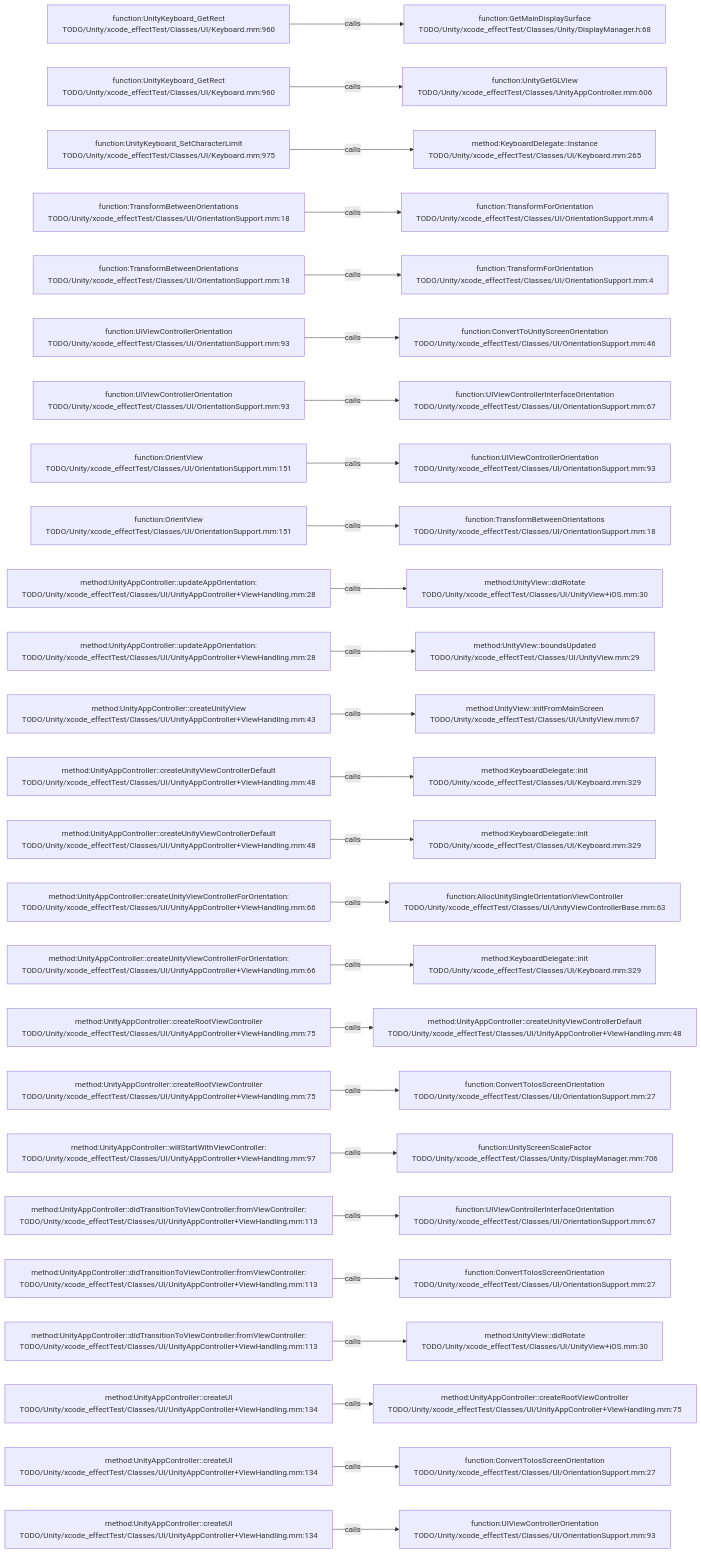
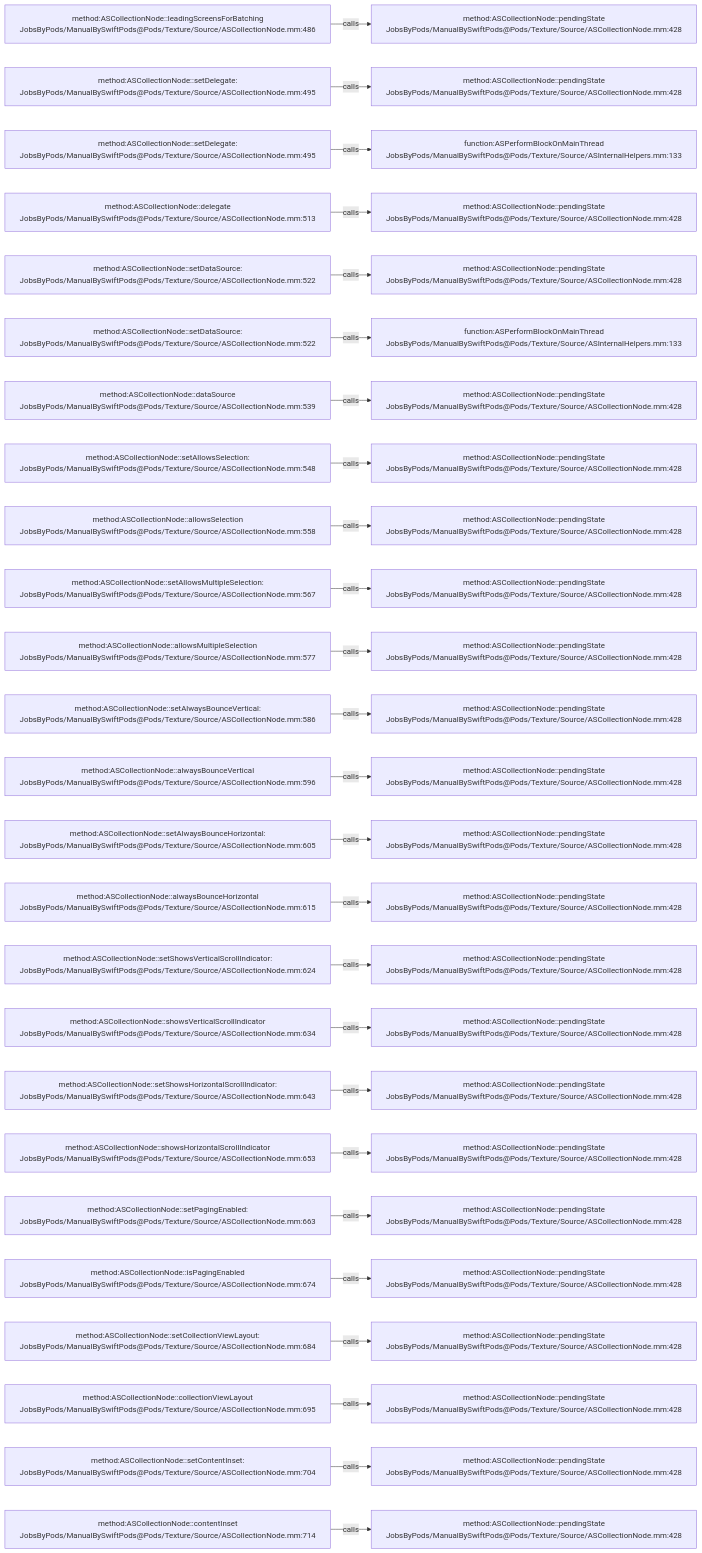
One commit to JobsKits/JobsSwiftBaseConfigDemo changed the diagram in .codegraph/codegraph.md/graphs/calls-027.md. Above: the diagram before and after it, drawn with Mermaid. The commit also changed 2959 other files, not shown here.

````diff
--- a/.codegraph/codegraph.md/graphs/calls-027.md
+++ b/.codegraph/codegraph.md/graphs/calls-027.md
@@ -13,78 +13,78 @@
 ```mermaid
 flowchart LR
-  S1["function:UnityKeyboard_GetRect<br/>TODO/Unity/xcode_effectTest/Classes/UI/Keyboard.mm:960"]
-  T1["function:GetMainDisplaySurface<br/>TODO/Unity/xcode_effectTest/Classes/Unity/DisplayManager.h:68"]
+  S1["method:ASCollectionNode::leadingScreensForBatching<br/>JobsByPods/ManualBySwiftPods@Pods/Texture/Source/ASCollectionNode.mm:486"]
+  T1["method:ASCollectionNode::pendingState<br/>JobsByPods/ManualBySwiftPods@Pods/Texture/Source/ASCollectionNode.mm:428"]
   S1 -->|calls| T1
-  S2["function:UnityKeyboard_GetRect<br/>TODO/Unity/xcode_effectTest/Classes/UI/Keyboard.mm:960"]
-  T2["function:UnityGetGLView<br/>TODO/Unity/xcode_effectTest/Classes/UnityAppController.mm:606"]
+  S2["method:ASCollectionNode::setDelegate:<br/>JobsByPods/ManualBySwiftPods@Pods/Texture/Source/ASCollectionNode.mm:495"]
+  T2["method:ASCollectionNode::pendingState<br/>JobsByPods/ManualBySwiftPods@Pods/Texture/Source/ASCollectionNode.mm:428"]
   S2 -->|calls| T2
-  S3["function:UnityKeyboard_SetCharacterLimit<br/>TODO/Unity/xcode_effectTest/Classes/UI/Keyboard.mm:975"]
-  T3["method:KeyboardDelegate::Instance<br/>TODO/Unity/xcode_effectTest/Classes/UI/Keyboard.mm:265"]
+  S3["method:ASCollectionNode::setDelegate:<br/>JobsByPods/ManualBySwiftPods@Pods/Texture/Source/ASCollectionNode.mm:495"]
+  T3["function:ASPerformBlockOnMainThread<br/>JobsByPods/ManualBySwiftPods@Pods/Texture/Source/ASInternalHelpers.mm:133"]
   S3 -->|calls| T3
-  S4["function:TransformBetweenOrientations<br/>TODO/Unity/xcode_effectTest/Classes/UI/OrientationSupport.mm:18"]
-  T4["function:TransformForOrientation<br/>TODO/Unity/xcode_effectTest/Classes/UI/OrientationSupport.mm:4"]
+  S4["method:ASCollectionNode::delegate<br/>JobsByPods/ManualBySwiftPods@Pods/Texture/Source/ASCollectionNode.mm:513"]
+  T4["method:ASCollectionNode::pendingState<br/>JobsByPods/ManualBySwiftPods@Pods/Texture/Source/ASCollectionNode.mm:428"]
   S4 -->|calls| T4
-  S5["function:TransformBetweenOrientations<br/>TODO/Unity/xcode_effectTest/Classes/UI/OrientationSupport.mm:18"]
-  T5["function:TransformForOrientation<br/>TODO/Unity/xcode_effectTest/Classes/UI/OrientationSupport.mm:4"]
+  S5["method:ASCollectionNode::setDataSource:<br/>JobsByPods/ManualBySwiftPods@Pods/Texture/Source/ASCollectionNode.mm:522"]
+  T5["method:ASCollectionNode::pendingState<br/>JobsByPods/ManualBySwiftPods@Pods/Texture/Source/ASCollectionNode.mm:428"]
   S5 -->|calls| T5
-  S6["function:UIViewControllerOrientation<br/>TODO/Unity/xcode_effectTest/Classes/UI/OrientationSupport.mm:93"]
-  T6["function:ConvertToUnityScreenOrientation<br/>TODO/Unity/xcode_effectTest/Classes/UI/OrientationSupport.mm:46"]
+  S6["method:ASCollectionNode::setDataSource:<br/>JobsByPods/ManualBySwiftPods@Pods/Texture/Source/ASCollectionNode.mm:522"]
+  T6["function:ASPerformBlockOnMainThread<br/>JobsByPods/ManualBySwiftPods@Pods/Texture/Source/ASInternalHelpers.mm:133"]
   S6 -->|calls| T6
-  S7["function:UIViewControllerOrientation<br/>TODO/Unity/xcode_effectTest/Classes/UI/OrientationSupport.mm:93"]
-  T7["function:UIViewControllerInterfaceOrientation<br/>TODO/Unity/xcode_effectTest/Classes/UI/OrientationSupport.mm:67"]
+  S7["method:ASCollectionNode::dataSource<br/>JobsByPods/ManualBySwiftPods@Pods/Texture/Source/ASCollectionNode.mm:539"]
+  T7["method:ASCollectionNode::pendingState<br/>JobsByPods/ManualBySwiftPods@Pods/Texture/Source/ASCollectionNode.mm:428"]
   S7 -->|calls| T7
-  S8["function:OrientView<br/>TODO/Unity/xcode_effectTest/Classes/UI/OrientationSupport.mm:151"]
-  T8["function:UIViewControllerOrientation<br/>TODO/Unity/xcode_effectTest/Classes/UI/OrientationSupport.mm:93"]
+  S8["method:ASCollectionNode::setAllowsSelection:<br/>JobsByPods/ManualBySwiftPods@Pods/Texture/Source/ASCollectionNode.mm:548"]
+  T8["method:ASCollectionNode::pendingState<br/>JobsByPods/ManualBySwiftPods@Pods/Texture/Source/ASCollectionNode.mm:428"]
   S8 -->|calls| T8
-  S9["function:OrientView<br/>TODO/Unity/xcode_effectTest/Classes/UI/OrientationSupport.mm:151"]
-  T9["function:TransformBetweenOrientations<br/>TODO/Unity/xcode_effectTest/Classes/UI/OrientationSupport.mm:18"]
+  S9["method:ASCollectionNode::allowsSelection<br/>JobsByPods/ManualBySwiftPods@Pods/Texture/Source/ASCollectionNode.mm:558"]
+  T9["method:ASCollectionNode::pendingState<br/>JobsByPods/ManualBySwiftPods@Pods/Texture/Source/ASCollectionNode.mm:428"]
   S9 -->|calls| T9
-  S10["method:UnityAppController::updateAppOrientation:<br/>TODO/Unity/xcode_effectTest/Classes/UI/UnityAppController+ViewHandling.mm:28"]
-  T10["method:UnityView::didRotate<br/>TODO/Unity/xcode_effectTest/Classes/UI/UnityView+iOS.mm:30"]
+  S10["method:ASCollectionNode::setAllowsMultipleSelection:<br/>JobsByPods/ManualBySwiftPods@Pods/Texture/Source/ASCollectionNode.mm:567"]
+  T10["method:ASCollectionNode::pendingState<br/>JobsByPods/ManualBySwiftPods@Pods/Texture/Source/ASCollectionNode.mm:428"]
   S10 -->|calls| T10
-  S11["method:UnityAppController::updateAppOrientation:<br/>TODO/Unity/xcode_effectTest/Classes/UI/UnityAppController+ViewHandling.mm:28"]
-  T11["method:UnityView::boundsUpdated<br/>TODO/Unity/xcode_effectTest/Classes/UI/UnityView.mm:29"]
+  S11["method:ASCollectionNode::allowsMultipleSelection<br/>JobsByPods/ManualBySwiftPods@Pods/Texture/Source/ASCollectionNode.mm:577"]
+  T11["method:ASCollectionNode::pendingState<br/>JobsByPods/ManualBySwiftPods@Pods/Texture/Source/ASCollectionNode.mm:428"]
   S11 -->|calls| T11
-  S12["method:UnityAppController::createUnityView<br/>TODO/Unity/xcode_effectTest/Classes/UI/UnityAppController+ViewHandling.mm:43"]
-  T12["method:UnityView::initFromMainScreen<br/>TODO/Unity/xcode_effectTest/Classes/UI/UnityView.mm:67"]
+  S12["method:ASCollectionNode::setAlwaysBounceVertical:<br/>JobsByPods/ManualBySwiftPods@Pods/Texture/Source/ASCollectionNode.mm:586"]
+  T12["method:ASCollectionNode::pendingState<br/>JobsByPods/ManualBySwiftPods@Pods/Texture/Source/ASCollectionNode.mm:428"]
   S12 -->|calls| T12
-  S13["method:UnityAppController::createUnityViewControllerDefault<br/>TODO/Unity/xcode_effectTest/Classes/UI/UnityAppController+ViewHandling.mm:48"]
-  T13["method:KeyboardDelegate::init<br/>TODO/Unity/xcode_effectTest/Classes/UI/Keyboard.mm:329"]
+  S13["method:ASCollectionNode::alwaysBounceVertical<br/>JobsByPods/ManualBySwiftPods@Pods/Texture/Source/ASCollectionNode.mm:596"]
+  T13["method:ASCollectionNode::pendingState<br/>JobsByPods/ManualBySwiftPods@Pods/Texture/Source/ASCollectionNode.mm:428"]
   S13 -->|calls| T13
-  S14["method:UnityAppController::createUnityViewControllerDefault<br/>TODO/Unity/xcode_effectTest/Classes/UI/UnityAppController+ViewHandling.mm:48"]
-  T14["method:KeyboardDelegate::init<br/>TODO/Unity/xcode_effectTest/Classes/UI/Keyboard.mm:329"]
+  S14["method:ASCollectionNode::setAlwaysBounceHorizontal:<br/>JobsByPods/ManualBySwiftPods@Pods/Texture/Source/ASCollectionNode.mm:605"]
+  T14["method:ASCollectionNode::pendingState<br/>JobsByPods/ManualBySwiftPods@Pods/Texture/Source/ASCollectionNode.mm:428"]
   S14 -->|calls| T14
-  S15["method:UnityAppController::createUnityViewControllerForOrientation:<br/>TODO/Unity/xcode_effectTest/Classes/UI/UnityAppController+ViewHandling.mm:66"]
-  T15["function:AllocUnitySingleOrientationViewController<br/>TODO/Unity/xcode_effectTest/Classes/UI/UnityViewControllerBase.mm:63"]
+  S15["method:ASCollectionNode::alwaysBounceHorizontal<br/>JobsByPods/ManualBySwiftPods@Pods/Texture/Source/ASCollectionNode.mm:615"]
+  T15["method:ASCollectionNode::pendingState<br/>JobsByPods/ManualBySwiftPods@Pods/Texture/Source/ASCollectionNode.mm:428"]
   S15 -->|calls| T15
-  S16["method:UnityAppController::createUnityViewControllerForOrientation:<br/>TODO/Unity/xcode_effectTest/Classes/UI/UnityAppController+ViewHandling.mm:66"]
-  T16["method:KeyboardDelegate::init<br/>TODO/Unity/xcode_effectTest/Classes/UI/Keyboard.mm:329"]
+  S16["method:ASCollectionNode::setShowsVerticalScrollIndicator:<br/>JobsByPods/ManualBySwiftPods@Pods/Texture/Source/ASCollectionNode.mm:624"]
+  T16["method:ASCollectionNode::pendingState<br/>JobsByPods/ManualBySwiftPods@Pods/Texture/Source/ASCollectionNode.mm:428"]
   S16 -->|calls| T16
-  S17["method:UnityAppController::createRootViewController<br/>TODO/Unity/xcode_effectTest/Classes/UI/UnityAppController+ViewHandling.mm:75"]
-  T17["method:UnityAppController::createUnityViewControllerDefault<br/>TODO/Unity/xcode_effectTest/Classes/UI/UnityAppController+ViewHandling.mm:48"]
+  S17["method:ASCollectionNode::showsVerticalScrollIndicator<br/>JobsByPods/ManualBySwiftPods@Pods/Texture/Source/ASCollectionNode.mm:634"]
+  T17["method:ASCollectionNode::pendingState<br/>JobsByPods/ManualBySwiftPods@Pods/Texture/Source/ASCollectionNode.mm:428"]
   S17 -->|calls| T17
-  S18["method:UnityAppController::createRootViewController<br/>TODO/Unity/xcode_effectTest/Classes/UI/UnityAppController+ViewHandling.mm:75"]
-  T18["function:ConvertToIosScreenOrientation<br/>TODO/Unity/xcode_effectTest/Classes/UI/OrientationSupport.mm:27"]
+  S18["method:ASCollectionNode::setShowsHorizontalScrollIndicator:<br/>JobsByPods/ManualBySwiftPods@Pods/Texture/Source/ASCollectionNode.mm:643"]
+  T18["method:ASCollectionNode::pendingState<br/>JobsByPods/ManualBySwiftPods@Pods/Texture/Source/ASCollectionNode.mm:428"]
   S18 -->|calls| T18
-  S19["method:UnityAppController::willStartWithViewController:<br/>TODO/Unity/xcode_effectTest/Classes/UI/UnityAppController+ViewHandling.mm:97"]
-  T19["function:UnityScreenScaleFactor<br/>TODO/Unity/xcode_effectTest/Classes/Unity/DisplayManager.mm:706"]
+  S19["method:ASCollectionNode::showsHorizontalScrollIndicator<br/>JobsByPods/ManualBySwiftPods@Pods/Texture/Source/ASCollectionNode.mm:653"]
+  T19["method:ASCollectionNode::pendingState<br/>JobsByPods/ManualBySwiftPods@Pods/Texture/Source/ASCollectionNode.mm:428"]
   S19 -->|calls| T19
-  S20["method:UnityAppController::didTransitionToViewController:fromViewController:<br/>TODO/Unity/xcode_effectTest/Classes/UI/UnityAppController+ViewHandling.mm:113"]
-  T20["function:UIViewControllerInterfaceOrientation<br/>TODO/Unity/xcode_effectTest/Classes/UI/OrientationSupport.mm:67"]
+  S20["method:ASCollectionNode::setPagingEnabled:<br/>JobsByPods/ManualBySwiftPods@Pods/Texture/Source/ASCollectionNode.mm:663"]
+  T20["method:ASCollectionNode::pendingState<br/>JobsByPods/ManualBySwiftPods@Pods/Texture/Source/ASCollectionNode.mm:428"]
   S20 -->|calls| T20
-  S21["method:UnityAppController::didTransitionToViewController:fromViewController:<br/>TODO/Unity/xcode_effectTest/Classes/UI/UnityAppController+ViewHandling.mm:113"]
-  T21["function:ConvertToIosScreenOrientation<br/>TODO/Unity/xcode_effectTest/Classes/UI/OrientationSupport.mm:27"]
+  S21["method:ASCollectionNode::isPagingEnabled<br/>JobsByPods/ManualBySwiftPods@Pods/Texture/Source/ASCollectionNode.mm:674"]
+  T21["method:ASCollectionNode::pendingState<br/>JobsByPods/ManualBySwiftPods@Pods/Texture/Source/ASCollectionNode.mm:428"]
   S21 -->|calls| T21
-  S22["method:UnityAppController::didTransitionToViewController:fromViewController:<br/>TODO/Unity/xcode_effectTest/Classes/UI/UnityAppController+ViewHandling.mm:113"]
-  T22["method:UnityView::didRotate<br/>TODO/Unity/xcode_effectTest/Classes/UI/UnityView+iOS.mm:30"]
+  S22["method:ASCollectionNode::setCollectionViewLayout:<br/>JobsByPods/ManualBySwiftPods@Pods/Texture/Source/ASCollectionNode.mm:684"]
+  T22["method:ASCollectionNode::pendingState<br/>JobsByPods/ManualBySwiftPods@Pods/Texture/Source/ASCollectionNode.mm:428"]
   S22 -->|calls| T22
-  S23["method:UnityAppController::createUI<br/>TODO/Unity/xcode_effectTest/Classes/UI/UnityAppController+ViewHandling.mm:134"]
-  T23["method:UnityAppController::createRootViewController<br/>TODO/Unity/xcode_effectTest/Classes/UI/UnityAppController+ViewHandling.mm:75"]
+  S23["method:ASCollectionNode::collectionViewLayout<br/>JobsByPods/ManualBySwiftPods@Pods/Texture/Source/ASCollectionNode.mm:695"]
+  T23["method:ASCollectionNode::pendingState<br/>JobsByPods/ManualBySwiftPods@Pods/Texture/Source/ASCollectionNode.mm:428"]
   S23 -->|calls| T23
-  S24["method:UnityAppController::createUI<br/>TODO/Unity/xcode_effectTest/Classes/UI/UnityAppController+ViewHandling.mm:134"]
-  T24["function:ConvertToIosScreenOrientation<br/>TODO/Unity/xcode_effectTest/Classes/UI/OrientationSupport.mm:27"]
+  S24["method:ASCollectionNode::setContentInset:<br/>JobsByPods/ManualBySwiftPods@Pods/Texture/Source/ASCollectionNode.mm:704"]
+  T24["method:ASCollectionNode::pendingState<br/>JobsByPods/ManualBySwiftPods@Pods/Texture/Source/ASCollectionNode.mm:428"]
   S24 -->|calls| T24
-  S25["method:UnityAppController::createUI<br/>TODO/Unity/xcode_effectTest/Classes/UI/UnityAppController+ViewHandling.mm:134"]
-  T25["function:UIViewControllerOrientation<br/>TODO/Unity/xcode_effectTest/Classes/UI/OrientationSupport.mm:93"]
+  S25["method:ASCollectionNode::contentInset<br/>JobsByPods/ManualBySwiftPods@Pods/Texture/Source/ASCollectionNode.mm:714"]
+  T25["method:ASCollectionNode::pendingState<br/>JobsByPods/ManualBySwiftPods@Pods/Texture/Source/ASCollectionNode.mm:428"]
   S25 -->|calls| T25
 ```
````
